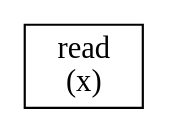
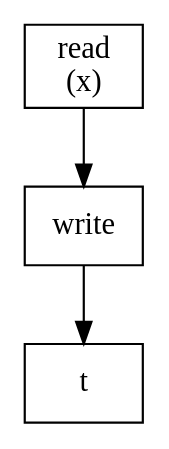
The diagram in hello.gv (Eng-MohamedHussien/parser), drawn with Graphviz before and after one commit. The commit also changed 3 other files, not shown here.

```diff
--- a/hello.gv
+++ b/hello.gv
@@ -1,5 +1,12 @@
 digraph G {
+	graph [rankdir=TB]
 	node [rankdir=LR shape=box]
 	"read 
 (x)"
+	node [rankdir=LR shape=box]
+	write
+	"read 
+(x)" -> write
+	write
+	write -> t
 }
```
